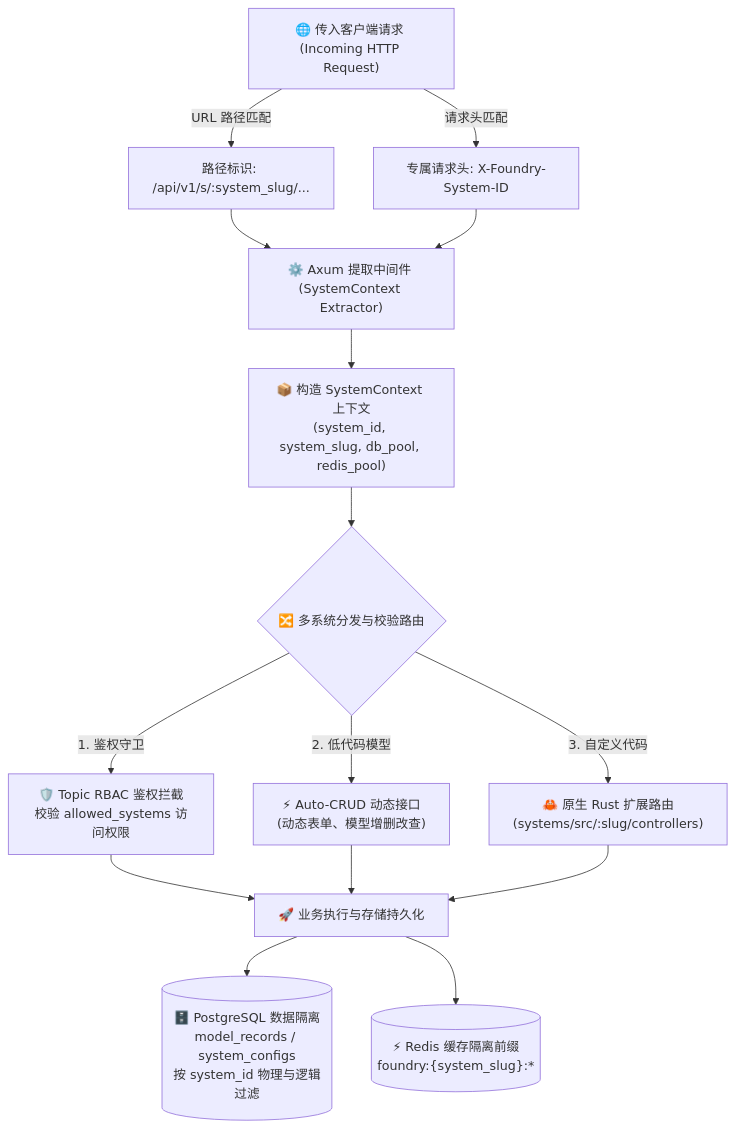
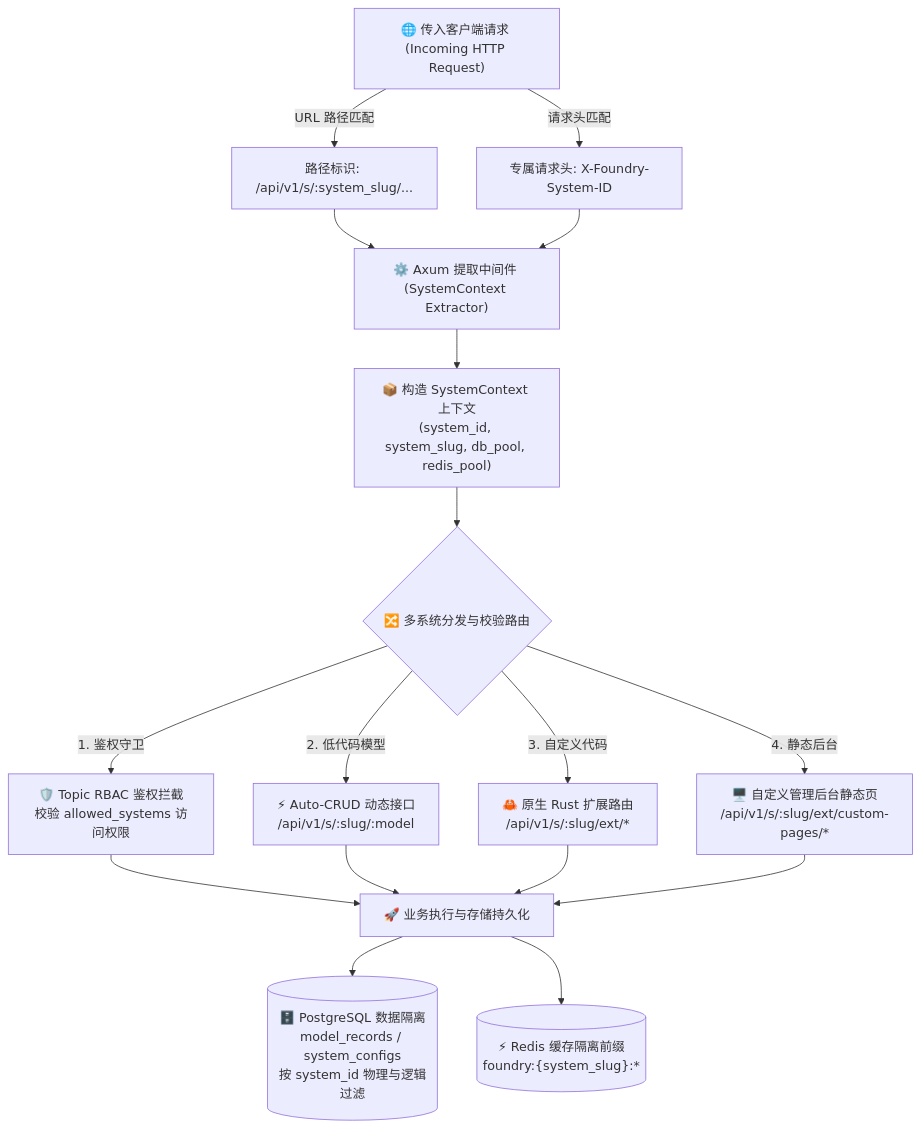
The third of 3 diagrams in docs/src/content/docs/zh/architecture/blueprint.md (FoundKit/foundry), drawn with Mermaid before and after one commit. The commit also changed other lines of this file and 34 other files, not shown here.

````diff
--- a/docs/src/content/docs/zh/architecture/blueprint.md
+++ b/docs/src/content/docs/zh/architecture/blueprint.md
@@ -113,25 +206,27 @@
 ```mermaid
 flowchart TD
     Req["🌐 传入客户端请求 (Incoming HTTP Request)"]
     
     Req -->|"URL 路径匹配"| Path["路径标识: /api/v1/s/:system_slug/..."]
     Req -->|"请求头匹配"| Header["专属请求头: X-Foundry-System-ID"]
 
     Path --> Extract["⚙️ Axum 提取中间件 (SystemContext Extractor)"]
     Header --> Extract
 
     Extract --> Ctx["📦 构造 SystemContext 上下文<br/>(system_id, system_slug, db_pool, redis_pool)"]
 
     Ctx --> Router{"🔀 多系统分发与校验路由"}
 
     Router -->|"1. 鉴权守卫"| RBAC["🛡️ Topic RBAC 鉴权拦截<br/>校验 allowed_systems 访问权限"]
-    Router -->|"2. 低代码模型"| AutoCRUD["⚡ Auto-CRUD 动态接口<br/>(动态表单、模型增删改查)"]
-    Router -->|"3. 自定义代码"| CustomAPI["🦀 原生 Rust 扩展路由<br/>(systems/src/:slug/controllers)"]
+    Router -->|"2. 低代码模型"| AutoCRUD["⚡ Auto-CRUD 动态接口<br/>/api/v1/s/:slug/:model"]
+    Router -->|"3. 自定义代码"| CustomAPI["🦀 原生 Rust 扩展路由<br/>/api/v1/s/:slug/ext/*"]
+    Router -->|"4. 静态后台"| CustomPages["🖥️ 自定义管理后台静态页<br/>/api/v1/s/:slug/ext/custom-pages/*"]
 
     RBAC --> Exec["🚀 业务执行与存储持久化"]
     AutoCRUD --> Exec
     CustomAPI --> Exec
+    CustomPages --> Exec
 
     Exec --> PG[("🗄️ PostgreSQL 数据隔离<br/>model_records / system_configs<br/>按 system_id 物理与逻辑过滤")]
     Exec --> Redis[("⚡ Redis 缓存隔离前缀<br/>foundry:{system_slug}:*")]
 ```
````
